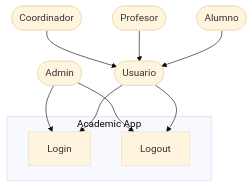
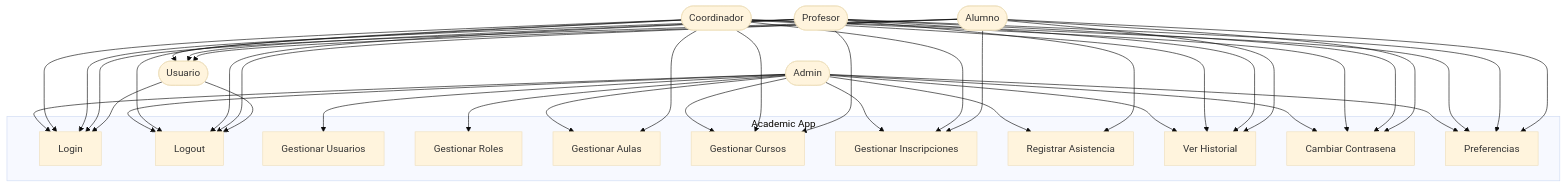
Before and after one commit to DarioZubaray/Proyecto-Final: the diagram in docs/mermaid-live/casos-uso.mmd, drawn with Mermaid (base theme). The commit also changed 26 other files, not shown here.

Commit message:
updating diagrams

```diff
--- a/docs/mermaid-live/casos-uso.mmd
+++ b/docs/mermaid-live/casos-uso.mmd
@@ -1,23 +1,75 @@
 graph TB
     Admin([Admin])
     Coordinador([Coordinador])
     Profesor([Profesor])
     Alumno([Alumno])
     Usuario([Usuario])
 
     UC1[Login]
     UC2[Logout]
+    UC3[Gestionar Usuarios]
+    UC4[Gestionar Roles]
+    UC5[Gestionar Aulas]
+    UC6[Gestionar Cursos]
+    UC7[Gestionar Inscripciones]
+    UC8[Registrar Asistencia]
+    UC9[Ver Historial]
+    UC10[Cambiar Contrasena]
+    UC11[Preferencias]
 
     subgraph "Academic App"
         UC1
         UC2
+        UC3
+        UC4
+        UC5
+        UC6
+        UC7
+        UC8
+        UC9
+        UC10
+        UC11
     end
 
     Coordinador --> Usuario
     Profesor --> Usuario
     Alumno --> Usuario
 
     Admin --> UC1
     Admin --> UC2
+    Admin --> UC3
+    Admin --> UC4
+    Admin --> UC5
+    Admin --> UC6
+    Admin --> UC7
+    Admin --> UC8
+    Admin --> UC9
+    Admin --> UC10
+    Admin --> UC11
+
+    Coordinador --> UC1
+    Coordinador --> UC2
+    Coordinador --> UC5
+    Coordinador --> UC6
+    Coordinador --> UC7
+    Coordinador --> UC9
+    Coordinador --> UC10
+    Coordinador --> UC11
+
+    Profesor --> UC1
+    Profesor --> UC2
+    Profesor --> UC6
+    Profesor --> UC8
+    Profesor --> UC9
+    Profesor --> UC10
+    Profesor --> UC11
+
+    Alumno --> UC1
+    Alumno --> UC2
+    Alumno --> UC7
+    Alumno --> UC9
+    Alumno --> UC10
+    Alumno --> UC11
+
     Usuario --> UC1
     Usuario --> UC2
```
